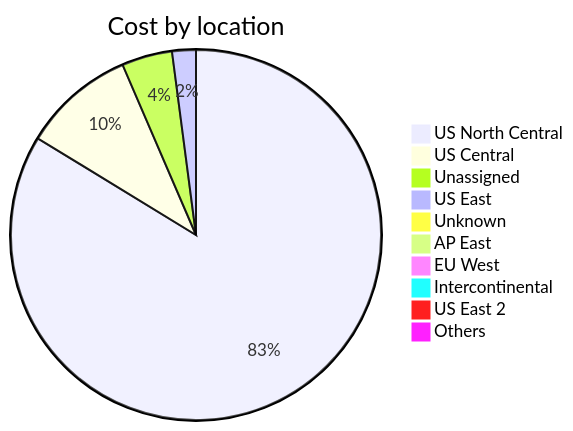
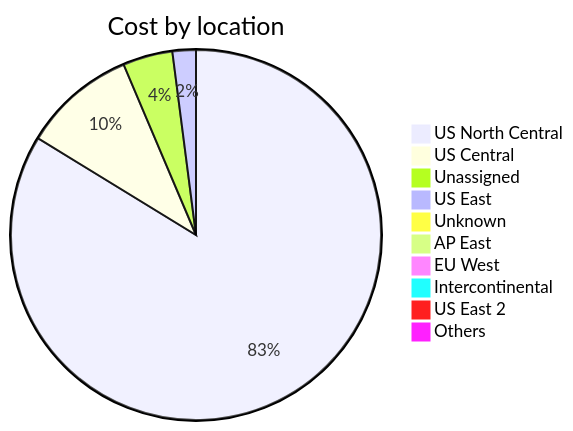
The third of 4 diagrams in cost-reports/accumulated-cost.md (jpfulton/azure-personal-reports), drawn with Mermaid before and after one commit. The commit also changed other lines of this file and 4 other files, not shown here.

````diff
--- a/cost-reports/accumulated-cost.md
+++ b/cost-reports/accumulated-cost.md
@@ -132,14 +132,14 @@
 ```mermaid
 pie
    title Cost by location
-   "US North Central" : 228.53
-   "US Central" : 26.72
-   "Unassigned" : 12.03
-   "US East" : 5.66
-   "Unknown" : 1.31
+   "US North Central" : 232.39
+   "US Central" : 27.37
+   "Unassigned" : 12.06
+   "US East" : 5.67
+   "Unknown" : 1.36
    "AP East" : 0.00
    "EU West" : 0.00
    "Intercontinental" : 0.00
    "US East 2" : 0.00
    "Others" : 0.00
 ```
````
